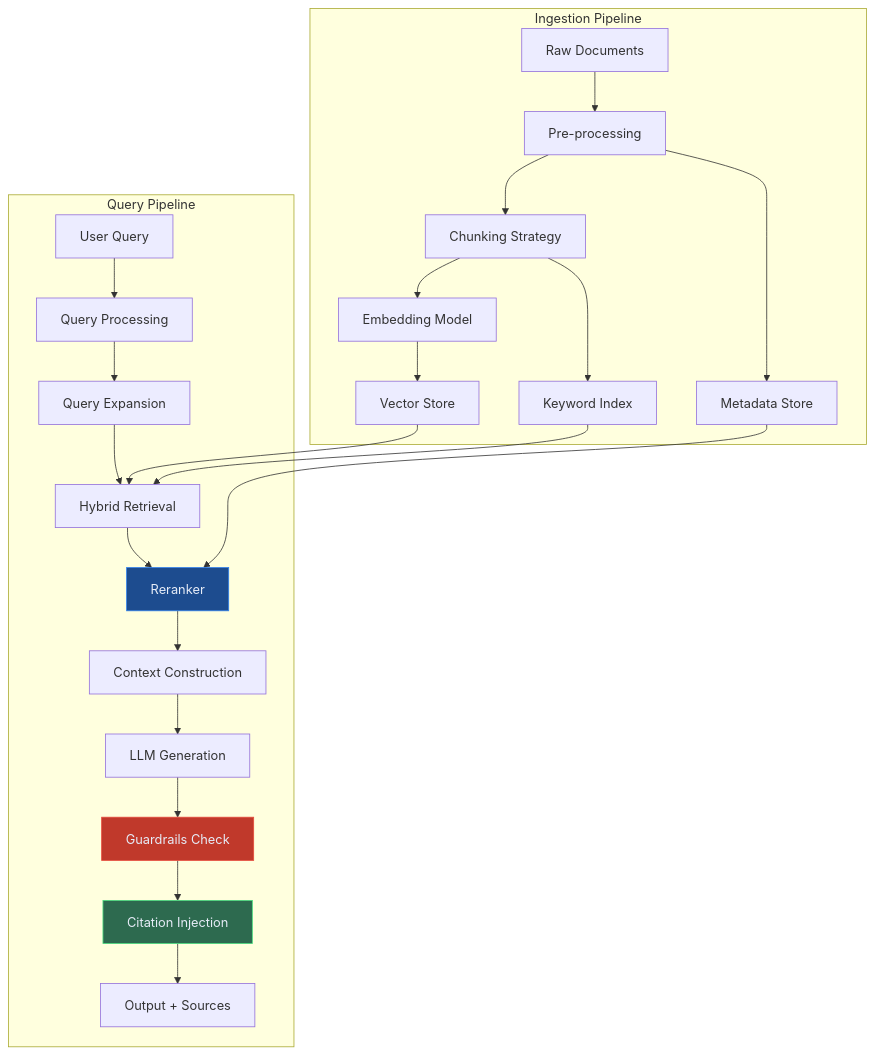
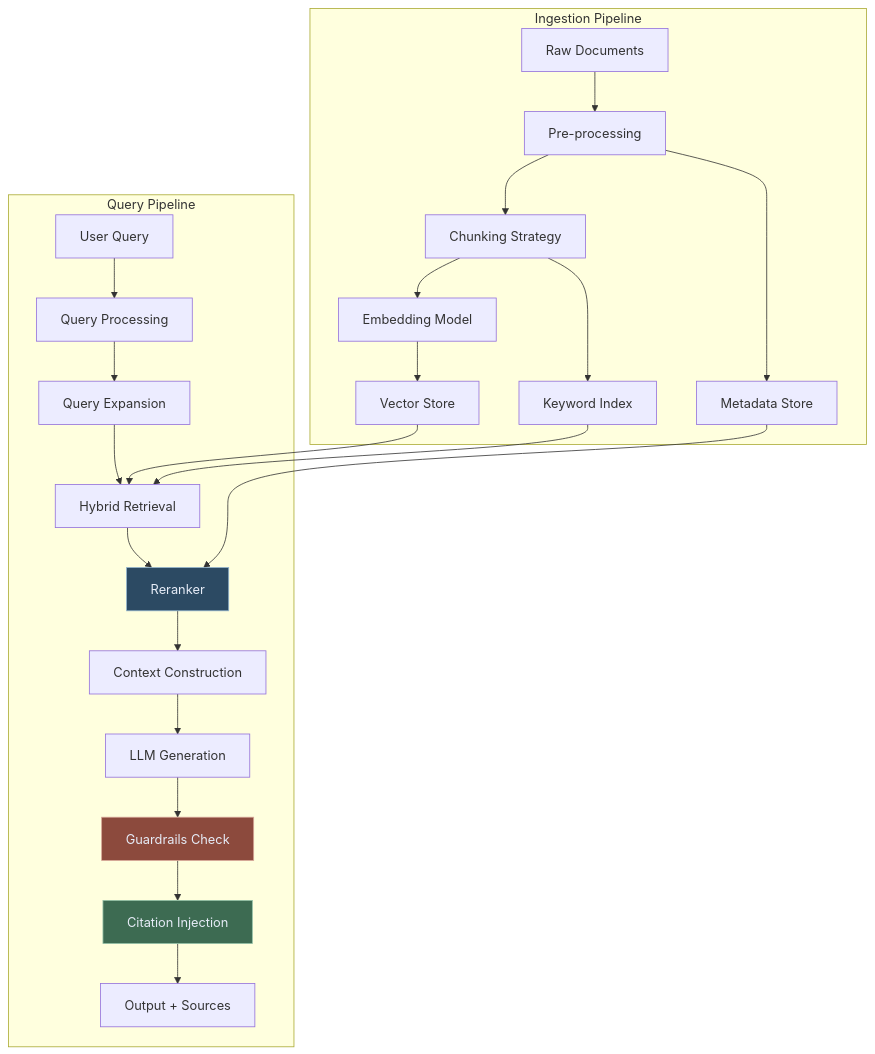
Before and after one commit to lorvexai/lorvexai: the first of 6 diagrams in blog/production-rag-beyond-the-basics.md, drawn with Mermaid. The commit also changed other lines of this file and 16 other files, not shown here.

First line of the commit message:
Retune hardcoded Mermaid node colors to match the site palette

````diff
--- a/blog/production-rag-beyond-the-basics.md
+++ b/blog/production-rag-beyond-the-basics.md
@@ -30,30 +30,30 @@
 ```mermaid
 flowchart TD
     subgraph Ingestion Pipeline
         D[Raw Documents] --> PP[Pre-processing]
         PP --> CH[Chunking Strategy]
         CH --> EM[Embedding Model]
         EM --> VS[Vector Store]
         CH --> KS[Keyword Index]
         PP --> MD[Metadata Store]
     end
 
     subgraph Query Pipeline
         Q[User Query] --> QP[Query Processing]
         QP --> QE[Query Expansion]
         QE --> HY[Hybrid Retrieval]
         VS --> HY
         KS --> HY
         HY --> RR[Reranker]
         MD --> RR
         RR --> CC[Context Construction]
         CC --> LLM[LLM Generation]
         LLM --> GR[Guardrails Check]
         GR --> CI[Citation Injection]
         CI --> OUT[Output + Sources]
     end
 
-    style RR fill:#1D4C8F,stroke:#2F80ED,color:#E6ECF7
-    style GR fill:#C0392B,stroke:#e74c3c,color:#E6ECF7
-    style CI fill:#2D6A4F,stroke:#4ade80,color:#E6ECF7
+    style RR fill:#2C4A63,stroke:#8FB2CC,color:#E6ECF7
+    style GR fill:#8C4A3D,stroke:#D6A697,color:#E6ECF7
+    style CI fill:#3D6B52,stroke:#95C2A8,color:#E6ECF7
 ```
````
